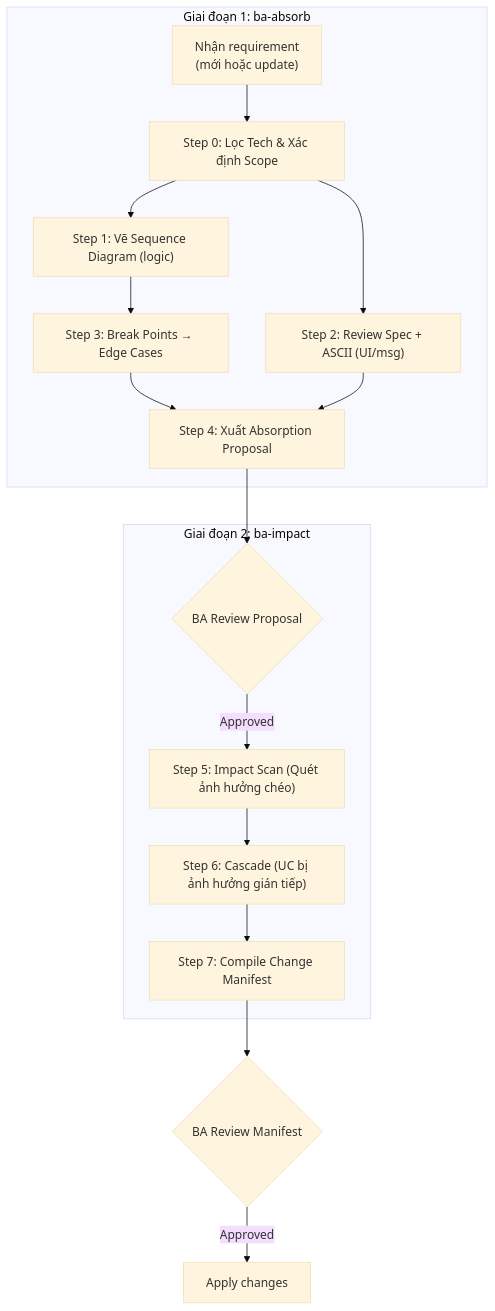
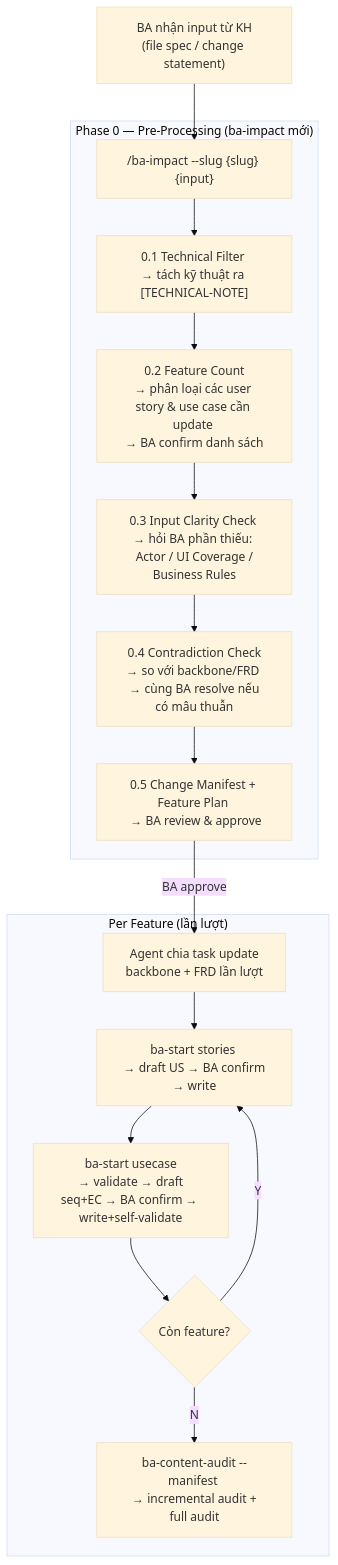
One commit to linhnguyen33-Sotatek/ba-kit-proposal changed the diagram in 00_Bao_Cao_Chinh/Bao_Cao_De_Xuat_Toi_Uu.md. Above: the diagram before and after it, drawn with Mermaid (base theme). The commit also changed other lines of this file and 5 other files, not shown here.

First line of the commit message:
docs(v2): integrate ba-absorb into ba-impact Phase 0, add usecase step, enhance stories and audit

````diff
--- a/00_Bao_Cao_Chinh/Bao_Cao_De_Xuat_Toi_Uu.md
+++ b/00_Bao_Cao_Chinh/Bao_Cao_De_Xuat_Toi_Uu.md
@@ -138,22 +125,23 @@
 ```mermaid
 flowchart TD
-    subgraph "Giai đoạn 1: ba-absorb"
-        A["Nhận requirement<br/>(mới hoặc update)"] --> B["Step 0: Lọc Tech & Xác định Scope"]
-        B --> C["Step 1: Vẽ Sequence Diagram (logic)"]
-        B --> D["Step 2: Review Spec + ASCII (UI/msg)"]
-        C --> E["Step 3: Break Points → Edge Cases"]
-        E --> F["Step 4: Xuất Absorption Proposal"]
-        D --> F
+    A["BA nhận input từ KH\n(file spec / change statement)"]
+    A --> B["/ba-impact --slug {slug} {input}"]
+
+    subgraph "Phase 0 — Pre-Processing (ba-impact mới)"
+        B --> B1["0.1 Technical Filter \n→ tách kỹ thuật ra [TECHNICAL-NOTE]"]
+        B1 --> B2["0.2 Feature Count\n→ phân loại các user story & use case cần update \n→ BA confirm danh sách"]
+        B2 --> B3["0.3 Input Clarity Check \n→ hỏi BA phần thiếu: \n Actor / UI Coverage / Business Rules"]
+        B3 --> B4["0.4 Contradiction Check\n→ so với backbone/FRD \n → cùng BA resolve nếu có mâu thuẫn"]
+        B4 --> B5["0.5 Change Manifest + Feature Plan \n → BA review & approve"]
     end
-    
-    F --> G{"BA Review Proposal"}
-    
-    subgraph "Giai đoạn 2: ba-impact"
-        G -->|Approved| H["Step 5: Impact Scan (Quét ảnh hưởng chéo)"]
-        H --> I["Step 6: Cascade (UC bị ảnh hưởng gián tiếp)"]
-        I --> J["Step 7: Compile Change Manifest"]
+
+    B5 -->|BA approve| C["Agent chia task update \n backbone + FRD lần lượt \n "]
+
+    subgraph "Per Feature (lần lượt)"
+        C --> D["ba-start stories \n → draft US → BA confirm → write"]
+        D --> E["ba-start usecase\n → validate → draft seq+EC → BA confirm → write+self-validate"]
+        E --> F{"Còn feature?"}
+        F -->|Y| D
+        F -->|N| G["ba-content-audit --manifest \n → incremental audit + full audit"]
     end
-    
-    J --> K{"BA Review Manifest"}
-    K -->|Approved| L["Apply changes"]
 ```
````
